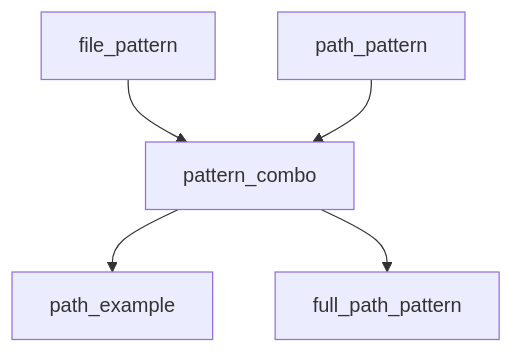
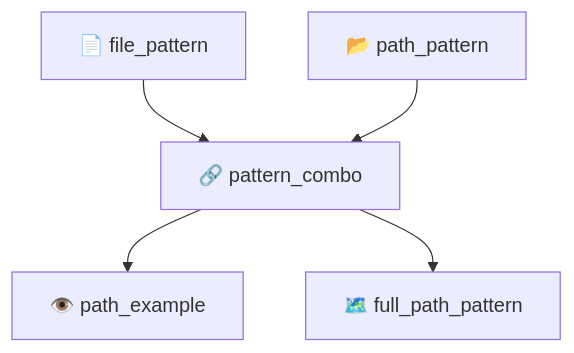
Before and after one commit to ThanuMahee12/AgentContext: diagram 14 of 22 in docs/brainstorms/investigation-db.md, drawn with Mermaid. The commit also changed other lines of this file, not shown here.

Commit message:
docs: use Unicode emojis for mermaid diagram support

````diff
--- a/docs/brainstorms/investigation-db.md
+++ b/docs/brainstorms/investigation-db.md
@@ -365,7 +365,7 @@
 ```mermaid
 flowchart TB
-    FP["file_pattern"] --> PC["pattern_combo"]
-    PP["path_pattern"] --> PC
-    PC --> EX["path_example"]
-    PC --> FPP["full_path_pattern"]
+    FP["📄 file_pattern"] --> PC["🔗 pattern_combo"]
+    PP["📂 path_pattern"] --> PC
+    PC --> EX["👁️ path_example"]
+    PC --> FPP["🗺️ full_path_pattern"]
 ```
````
